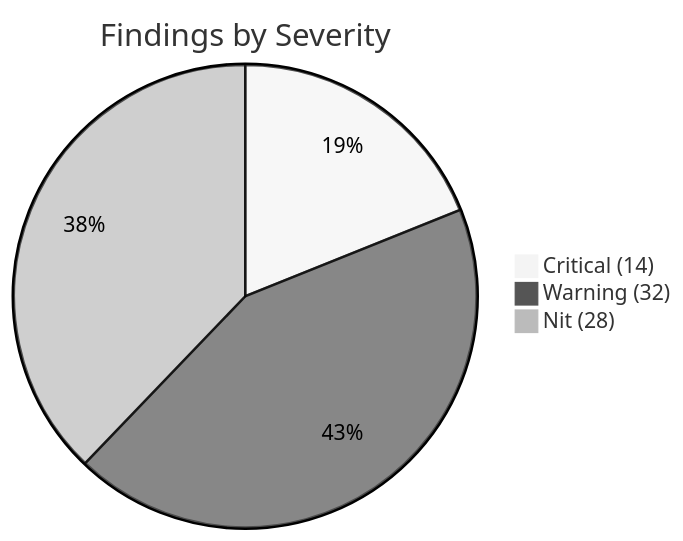
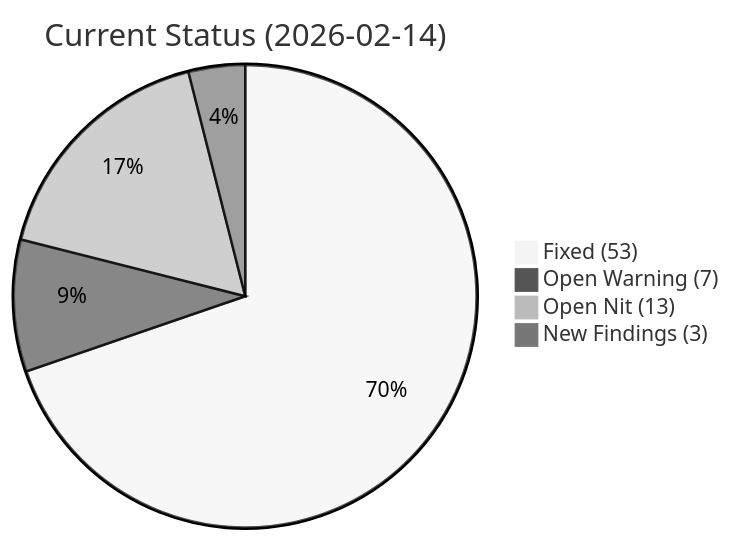
Before and after one commit to philhumber/wineApp: the first of 4 diagrams in docs/PRODUCTION_READINESS_AUDIT.md, drawn with Mermaid (neutral theme). The commit also changed other lines of this file and 12 other files, not shown here.

First line of the commit message:
Update all documentation to reflect current build status

````diff
--- a/docs/PRODUCTION_READINESS_AUDIT.md
+++ b/docs/PRODUCTION_READINESS_AUDIT.md
@@ -18,6 +23,7 @@
 ```mermaid
-pie title Findings by Severity
-    "Critical (14)" : 14
-    "Warning (32)" : 32
-    "Nit (28)" : 28
+pie title Current Status (2026-02-14)
+    "Fixed (53)" : 53
+    "Open Warning (7)" : 7
+    "Open Nit (13)" : 13
+    "New Findings (3)" : 3
 ```
````
